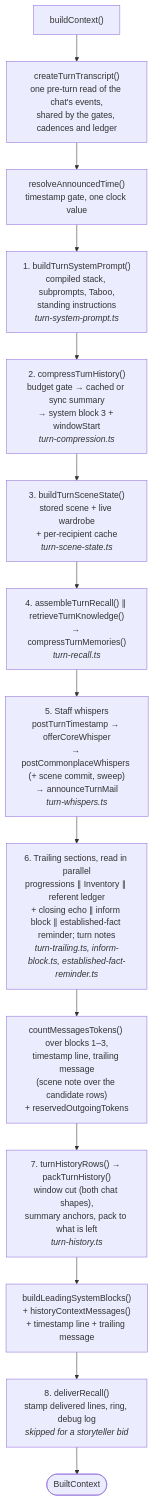
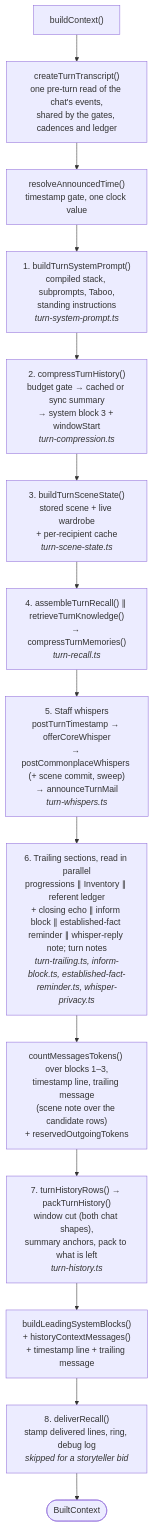
One commit to foundry-9/quilltap-server changed the tenth of 12 diagrams in docs/developer/SYSTEM_FLOWCHARTS.md. Above: the diagram before and after it, drawn with Mermaid. The commit also changed 12 other files, not shown here.

````diff
--- a/docs/developer/SYSTEM_FLOWCHARTS.md
+++ b/docs/developer/SYSTEM_FLOWCHARTS.md
@@ -610,16 +610,16 @@
 ```mermaid
 flowchart TD
     START["buildContext()"] --> TX["createTurnTranscript()<br/>one pre-turn read of the chat's events,<br/>shared by the gates, cadences and ledger"]
     TX --> TIME["resolveAnnouncedTime()<br/>timestamp gate, one clock value"]
     TIME --> SYS["1. buildTurnSystemPrompt()<br/>compiled stack, subprompts, Taboo,<br/>standing instructions<br/><i>turn-system-prompt.ts</i>"]
     SYS --> COMP["2. compressTurnHistory()<br/>budget gate → cached or sync summary<br/>→ system block 3 + windowStart<br/><i>turn-compression.ts</i>"]
     COMP --> SCENE["3. buildTurnSceneState()<br/>stored scene + live wardrobe<br/>+ per-recipient cache<br/><i>turn-scene-state.ts</i>"]
     SCENE --> RECALL["4. assembleTurnRecall() ∥ retrieveTurnKnowledge()<br/>→ compressTurnMemories()<br/><i>turn-recall.ts</i>"]
     RECALL --> WHISPER["5. Staff whispers<br/>postTurnTimestamp → offerCoreWhisper<br/>→ postCommonplaceWhispers (+ scene commit, sweep)<br/>→ announceTurnMail<br/><i>turn-whispers.ts</i>"]
-    WHISPER --> TRAIL["6. Trailing sections, read in parallel<br/>progressions ∥ Inventory ∥ referent ledger<br/>+ closing echo ∥ inform block ∥ established-fact reminder; turn notes<br/><i>turn-trailing.ts, inform-block.ts, established-fact-reminder.ts</i>"]
+    WHISPER --> TRAIL["6. Trailing sections, read in parallel<br/>progressions ∥ Inventory ∥ referent ledger<br/>+ closing echo ∥ inform block ∥ established-fact reminder ∥ whisper-reply note; turn notes<br/><i>turn-trailing.ts, inform-block.ts, established-fact-reminder.ts, whisper-privacy.ts</i>"]
     TRAIL --> MEASURE["countMessagesTokens() over blocks 1–3,<br/>timestamp line, trailing message<br/>(scene note over the candidate rows)<br/>+ reservedOutgoingTokens"]
     MEASURE --> HIST["7. turnHistoryRows() → packTurnHistory()<br/>window cut (both chat shapes),<br/>summary anchors, pack to what is left<br/><i>turn-history.ts</i>"]
     HIST --> ASM["buildLeadingSystemBlocks()<br/>+ historyContextMessages()<br/>+ timestamp line + trailing message"]
     ASM --> DELIVER["8. deliverRecall()<br/>stamp delivered lines, ring, debug log<br/><i>skipped for a storyteller bid</i>"]
     DELIVER --> DONE([BuiltContext])
 ```
````
